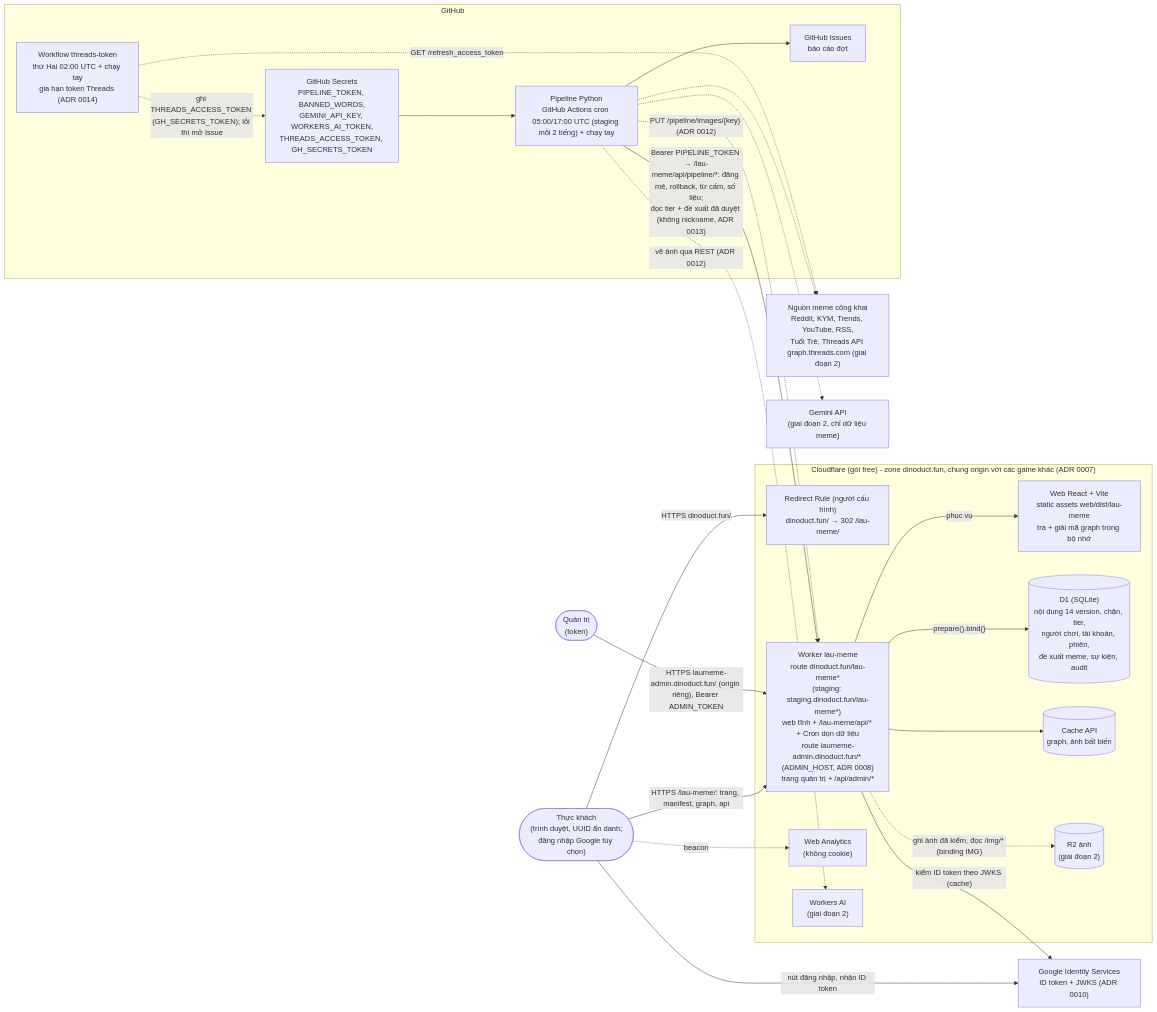
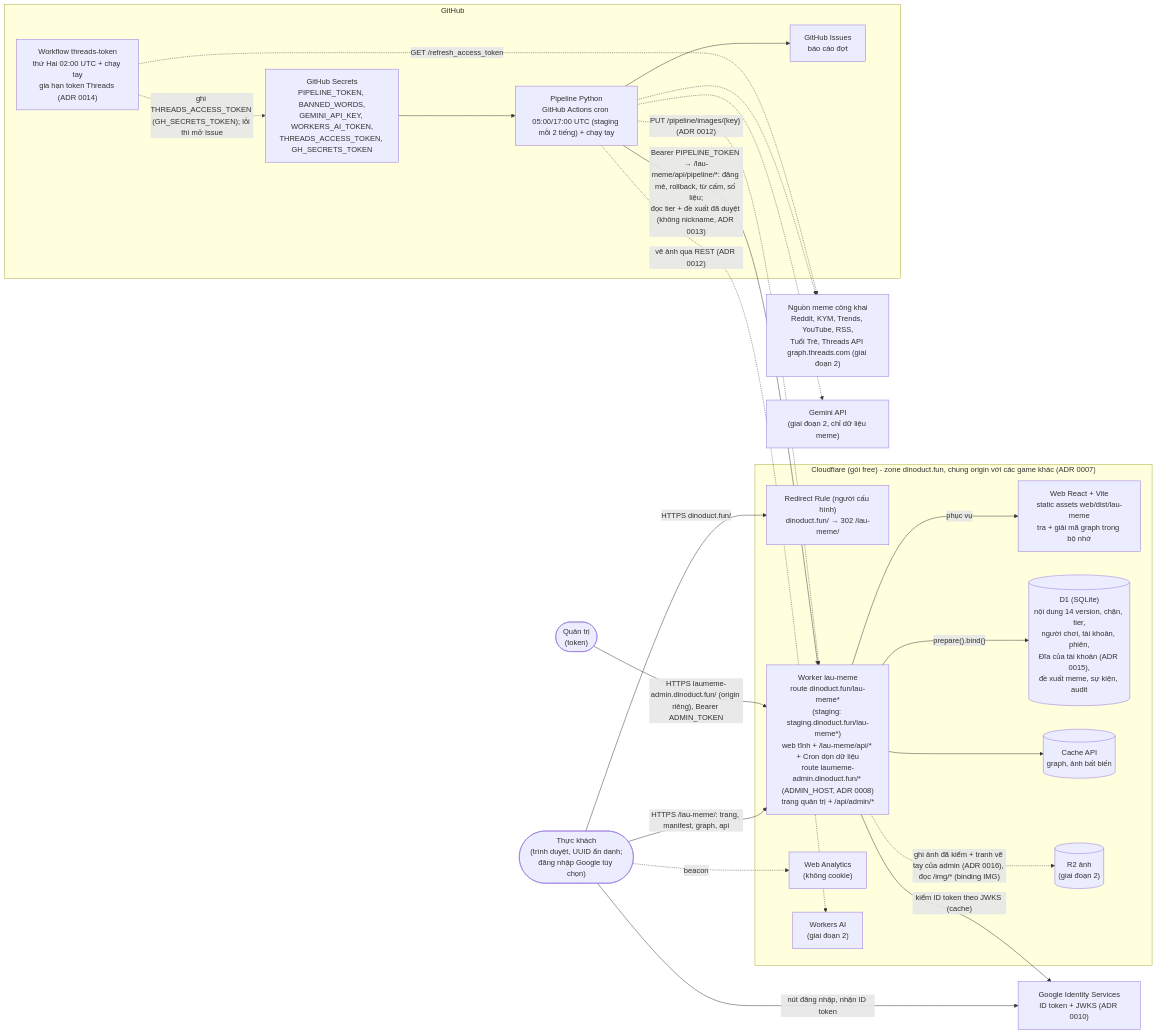
Before and after one commit to thucnq/lau-meme: the diagram in docs/diagrams/system.mmd, drawn with Mermaid. The commit also changed 8 other files, not shown here.

First line of the commit message:
design: SYNC Đĩa theo tài khoản (account_element, /me/plate, /me/plate/merge); tier tự động (element.auto_tier, PUT tier nhận auto, 409 Vàng/Đỏ chưa có ảnh); tranh vẽ tay admin (PUT /admin/elements/{id}/image, admin_image_change); ADR 0015-0017

```diff
--- a/docs/diagrams/system.mmd
+++ b/docs/diagrams/system.mmd
@@ -1,46 +1,46 @@
 %% C4 container - Lẩu Meme (giai đoạn 1; nét đứt = giai đoạn 2)
 flowchart LR
   player(["Thực khách<br/>(trình duyệt, UUID ẩn danh;<br/>đăng nhập Google tùy chọn)"])
   admin(["Quản trị<br/>(token)"])
 
   subgraph cf["Cloudflare (gói free) - zone dinoduct.fun, chung origin với các game khác (ADR 0007)"]
     redirect["Redirect Rule (người cấu hình)<br/>dinoduct.fun/ → 302 /lau-meme/"]
     worker["Worker lau-meme<br/>route dinoduct.fun/lau-meme*<br/>(staging: staging.dinoduct.fun/lau-meme*)<br/>web tĩnh + /lau-meme/api/* + Cron dọn dữ liệu<br/>route laumeme-admin.dinoduct.fun/* (ADMIN_HOST, ADR 0008)<br/>trang quản trị + /api/admin/*"]
     web["Web React + Vite<br/>static assets web/dist/lau-meme<br/>tra + giải mã graph trong bộ nhớ"]
-    d1[("D1 (SQLite)<br/>nội dung 14 version, chặn, tier,<br/>người chơi, tài khoản, phiên,<br/>đề xuất meme, sự kiện, audit")]
+    d1[("D1 (SQLite)<br/>nội dung 14 version, chặn, tier,<br/>người chơi, tài khoản, phiên,<br/>Đĩa của tài khoản (ADR 0015),<br/>đề xuất meme, sự kiện, audit")]
     cache[("Cache API<br/>graph, ảnh bất biến")]
     wa["Web Analytics<br/>(không cookie)"]
     r2[("R2 ảnh<br/>(giai đoạn 2)")]
     wai["Workers AI<br/>(giai đoạn 2)"]
   end
 
   subgraph gh["GitHub"]
     actions["Pipeline Python<br/>GitHub Actions cron 05:00/17:00 UTC (staging mỗi 2 tiếng) + chạy tay"]
     issues["GitHub Issues<br/>báo cáo đợt"]
     secrets["GitHub Secrets<br/>PIPELINE_TOKEN, BANNED_WORDS,<br/>GEMINI_API_KEY, WORKERS_AI_TOKEN,<br/>THREADS_ACCESS_TOKEN, GH_SECRETS_TOKEN"]
     tokenjob["Workflow threads-token<br/>thứ Hai 02:00 UTC + chạy tay<br/>gia hạn token Threads (ADR 0014)"]
   end
 
   google["Google Identity Services<br/>ID token + JWKS (ADR 0010)"]
   sources["Nguồn meme công khai<br/>Reddit, KYM, Trends, YouTube, RSS,<br/>Tuổi Trẻ, Threads API graph.threads.com (giai đoạn 2)"]
   gemini["Gemini API<br/>(giai đoạn 2, chỉ dữ liệu meme)"]
 
   player -- "HTTPS dinoduct.fun/" --> redirect
   player -- "HTTPS /lau-meme/: trang, manifest, graph, api" --> worker
   admin -- "HTTPS laumeme-admin.dinoduct.fun/ (origin riêng), Bearer ADMIN_TOKEN" --> worker
   worker -- "phục vụ" --> web
   worker -- "prepare().bind()" --> d1
   worker --> cache
   player -. beacon .-> wa
   player -- "nút đăng nhập, nhận ID token" --> google
   worker -- "kiểm ID token theo JWKS (cache)" --> google
   actions -- "Bearer PIPELINE_TOKEN → /lau-meme/api/pipeline/*: đăng mẻ, rollback, từ cấm, số liệu;<br/>đọc tier + đề xuất đã duyệt (không nickname, ADR 0013)" --> worker
   actions --> issues
   secrets --> actions
   actions -.-> sources
   actions -.-> gemini
   tokenjob -. "GET /refresh_access_token" .-> sources
   tokenjob -. "ghi THREADS_ACCESS_TOKEN (GH_SECRETS_TOKEN); lỗi thì mở Issue" .-> secrets
   actions -. "vẽ ảnh qua REST (ADR 0012)" .-> wai
   actions -. "PUT /pipeline/images/{key} (ADR 0012)" .-> worker
-  worker -. "ghi ảnh đã kiểm, đọc /img/* (binding IMG)" .-> r2
+  worker -. "ghi ảnh đã kiểm + tranh vẽ tay của admin (ADR 0016), đọc /img/* (binding IMG)" .-> r2
```
